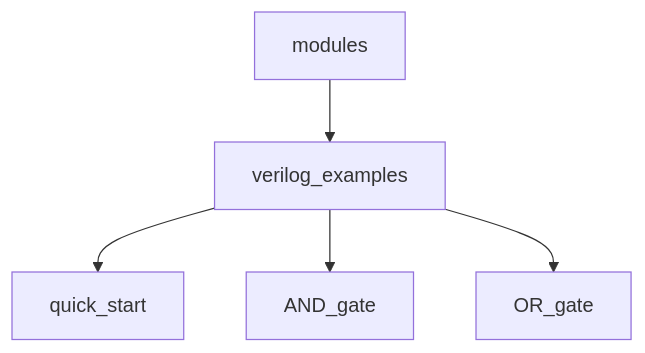
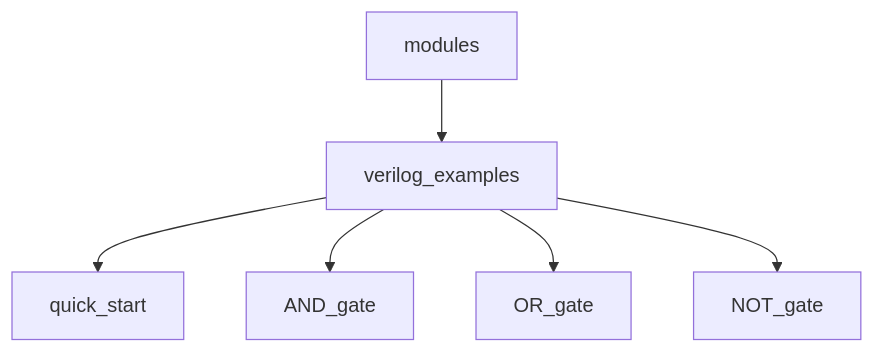
Before and after one commit to micherciu/cocotb_examples: the second of 3 diagrams in README.md, drawn with Mermaid. The commit also changed other lines of this file, not shown here.

Commit message:
[update] added documentation/links of the NOT gate : README.md;

````diff
--- a/README.md
+++ b/README.md
@@ -51,7 +53,8 @@
 ```mermaid
 graph TD;
     modules-->verilog_examples;
     verilog_examples-->quick_start;
     verilog_examples-->AND_gate;
     verilog_examples-->OR_gate;
+    verilog_examples-->NOT_gate;
 ```
````
